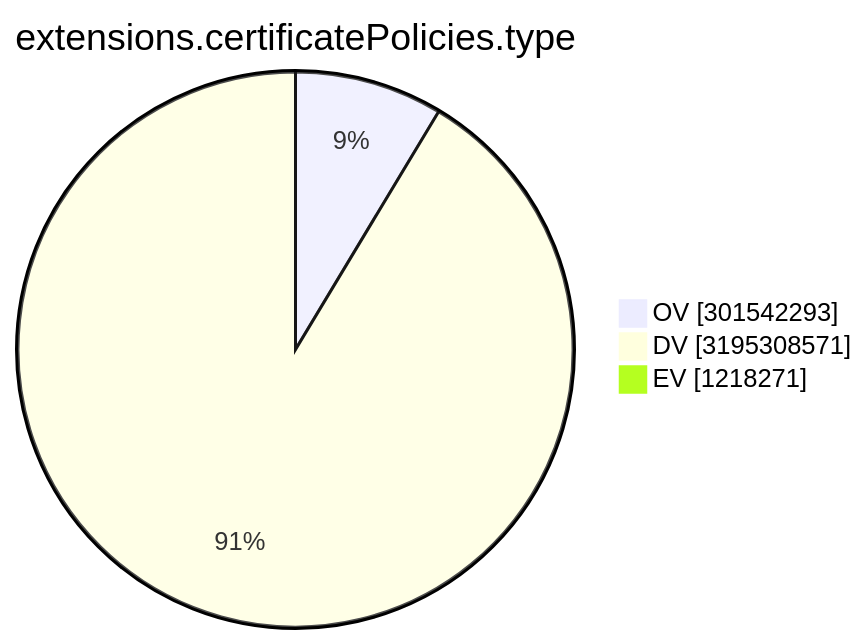
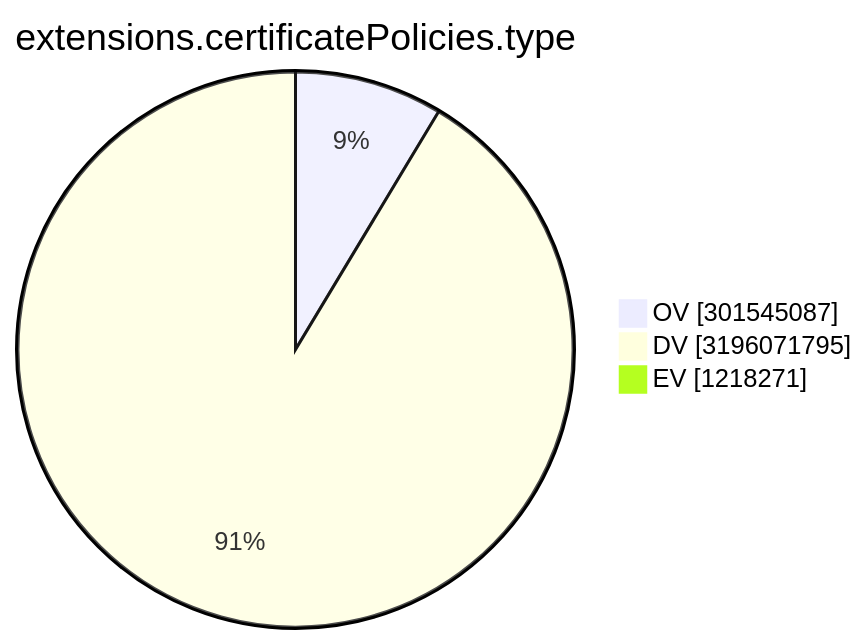
One commit to christiankrug/ctmonitor_visualization changed the ninth of 15 diagrams in TOTAL/README.md. Above: the diagram before and after it, drawn with Mermaid. The commit also changed other lines of this file, not shown here.

````diff
--- a/TOTAL/README.md
+++ b/TOTAL/README.md
@@ -3106,7 +3106,7 @@
 ```mermaid
 pie showData
 title extensions.certificatePolicies.type
-"OV" :301542293
-"DV" :3195308571
+"OV" :301545087
+"DV" :3196071795
 "EV" :1218271
 ```
````
